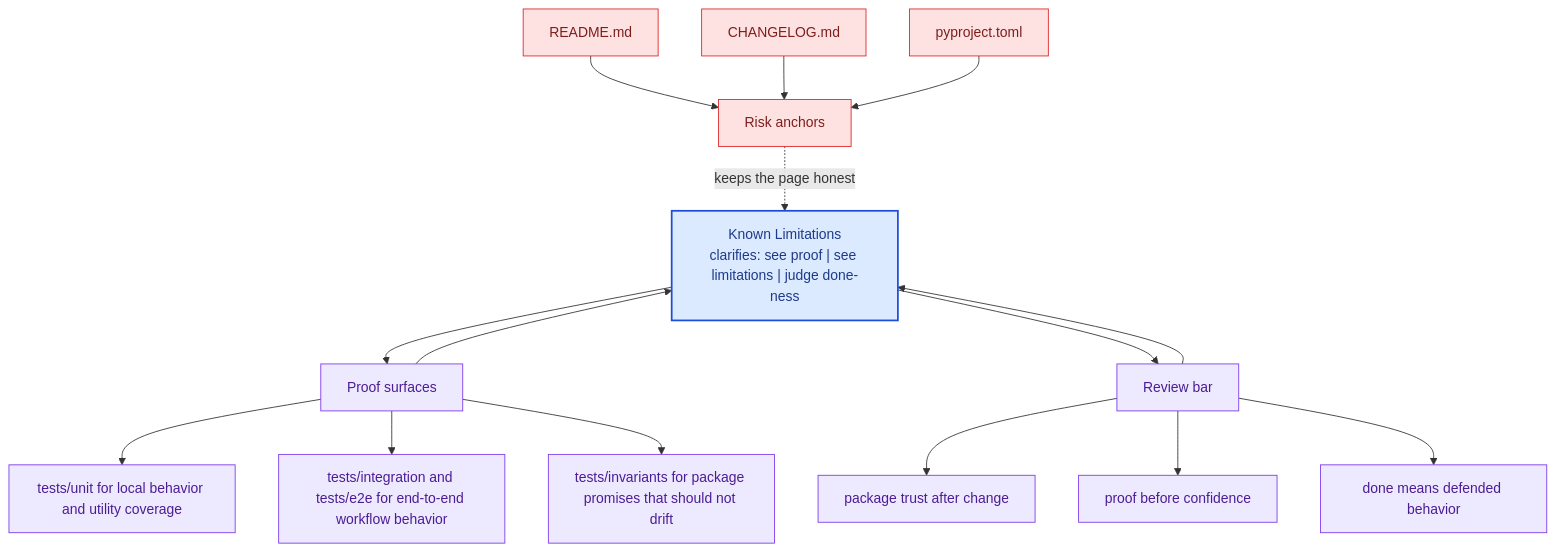
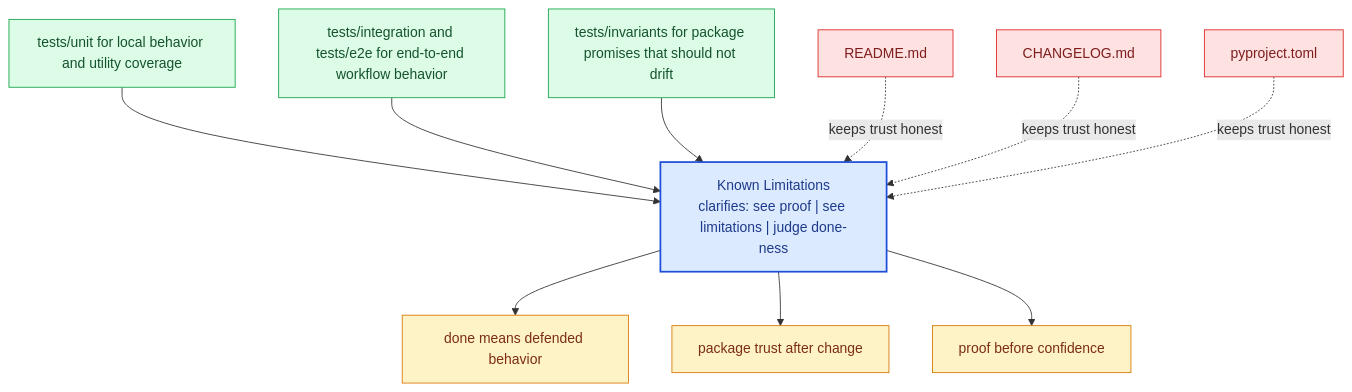
The diagram in docs/bijux-canon-agent/quality/known-limitations.md (bijux/bijux-canon), drawn with Mermaid before and after one commit. The commit also changed other lines of this file and 281 other files, not shown here.

Commit message:
docs(diagrams): replace repeated mermaid scaffolds with page-specific summaries

````diff
--- a/docs/bijux-canon-agent/quality/known-limitations.md
+++ b/docs/bijux-canon-agent/quality/known-limitations.md
@@ -67,41 +22,31 @@
 ```mermaid
 flowchart TB
-    promise["Known Limitations<br/>clarifies: see proof | see limitations | judge done-ness"]
-    classDef promise fill:#dbeafe,stroke:#1d4ed8,color:#1e3a8a,stroke-width:2px;
-    classDef driver fill:#dcfce7,stroke:#16a34a,color:#14532d;
-    classDef constraint fill:#fee2e2,stroke:#dc2626,color:#7f1d1d;
-    classDef ground fill:#ede9fe,stroke:#7c3aed,color:#4c1d95;
-    focus1["Proof surfaces"]
-    focus1 --> promise
-    promise --> focus1
-    focus1_1["tests/unit for local behavior and utility coverage"]
-    focus1 --> focus1_1
-    focus1_2["tests/integration and tests/e2e for end-to-end workflow behavior"]
-    focus1 --> focus1_2
-    focus1_3["tests/invariants for package promises that should not drift"]
-    focus1 --> focus1_3
-    class focus1 ground;
-    class focus1_1,focus1_2,focus1_3 ground;
-    focus2["Risk anchors"]
-    focus2 -.keeps the page honest.-> promise
-    focus2_1["README.md"]
-    focus2_1 --> focus2
-    focus2_2["CHANGELOG.md"]
-    focus2_2 --> focus2
-    focus2_3["pyproject.toml"]
-    focus2_3 --> focus2
-    class focus2 constraint;
-    class focus2_1,focus2_2,focus2_3 constraint;
-    focus3["Review bar"]
-    focus3 --> promise
-    promise --> focus3
-    focus3_1["package trust after change"]
-    focus3 --> focus3_1
-    focus3_2["proof before confidence"]
-    focus3 --> focus3_2
-    focus3_3["done means defended behavior"]
-    focus3 --> focus3_3
-    class focus3 ground;
-    class focus3_1,focus3_2,focus3_3 ground;
-    class promise promise;
+    page["Known Limitations<br/>clarifies: see proof | see limitations | judge done-ness"]
+    classDef page fill:#dbeafe,stroke:#1d4ed8,color:#1e3a8a,stroke-width:2px;
+    classDef positive fill:#dcfce7,stroke:#16a34a,color:#14532d;
+    classDef caution fill:#fee2e2,stroke:#dc2626,color:#7f1d1d;
+    classDef anchor fill:#ede9fe,stroke:#7c3aed,color:#4c1d95;
+    classDef action fill:#fef3c7,stroke:#d97706,color:#7c2d12;
+    proof1["tests/unit for local behavior and utility coverage"]
+    proof1 --> page
+    proof2["tests/integration and tests/e2e for end-to-end workflow behavior"]
+    proof2 --> page
+    proof3["tests/invariants for package promises that should not drift"]
+    proof3 --> page
+    risk1["README.md"]
+    risk1 -.keeps trust honest.-> page
+    risk2["CHANGELOG.md"]
+    risk2 -.keeps trust honest.-> page
+    risk3["pyproject.toml"]
+    risk3 -.keeps trust honest.-> page
+    bar1["done means defended behavior"]
+    page --> bar1
+    bar2["package trust after change"]
+    page --> bar2
+    bar3["proof before confidence"]
+    page --> bar3
+    class page page;
+    class proof1,proof2,proof3 positive;
+    class risk1,risk2,risk3 caution;
+    class bar1,bar2,bar3 action;
 ```
````
